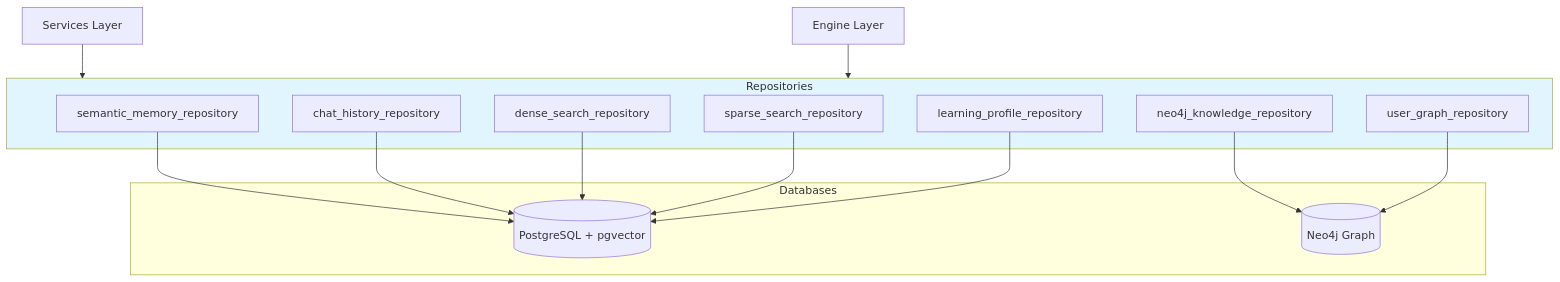
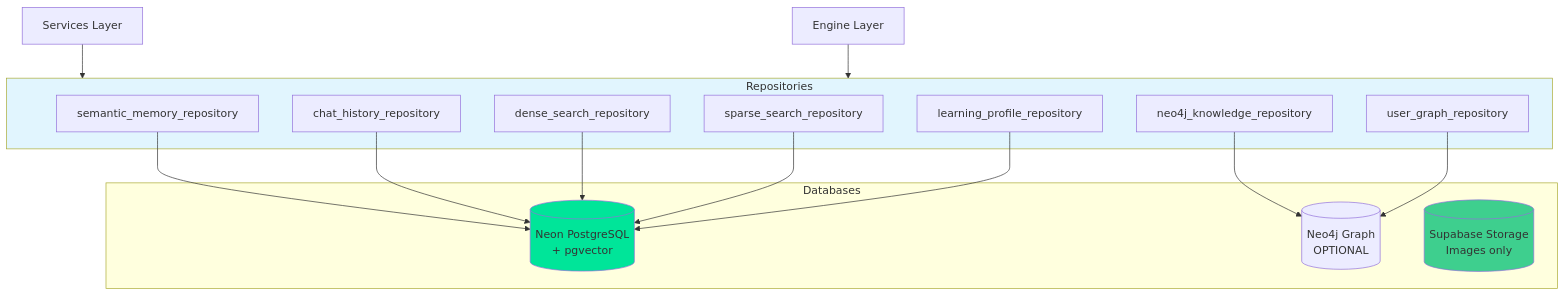
Before and after one commit to meiiie/LMS_AI: the diagram in app/repositories/README.md, drawn with Mermaid. The commit also changed other lines of this file and 4 other files, not shown here.

````diff
--- a/app/repositories/README.md
+++ b/app/repositories/README.md
@@ -28,30 +28,33 @@
 ```mermaid
 graph TD
     Services[Services Layer] --> Repositories
     Engine[Engine Layer] --> Repositories
     
     subgraph "Repositories"
         SMR[semantic_memory_repository]
         NKR[neo4j_knowledge_repository]
         CHR[chat_history_repository]
         DSR[dense_search_repository]
         SSR[sparse_search_repository]
         LPR[learning_profile_repository]
         UGR[user_graph_repository]
     end
     
     subgraph "Databases"
-        PG[(PostgreSQL + pgvector)]
-        NEO[(Neo4j Graph)]
+        PG[(Neon PostgreSQL<br>+ pgvector)]
+        NEO[(Neo4j Graph<br>OPTIONAL)]
+        SB[(Supabase Storage<br>Images only)]
     end
     
     SMR --> PG
     CHR --> PG
     DSR --> PG
     SSR --> PG
     LPR --> PG
     NKR --> NEO
     UGR --> NEO
     
     style Repositories fill:#e1f5fe
+    style PG fill:#00E599
+    style SB fill:#3ECF8E
 ```
````
